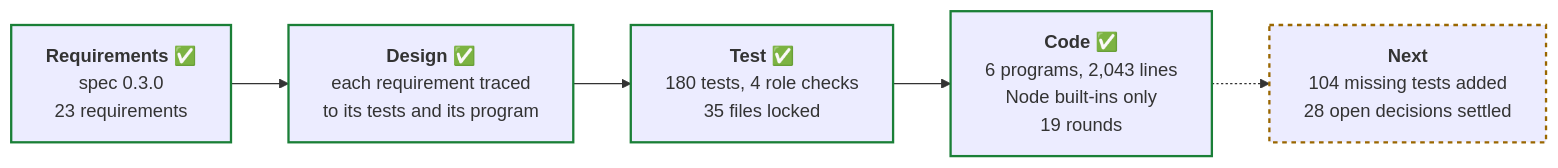
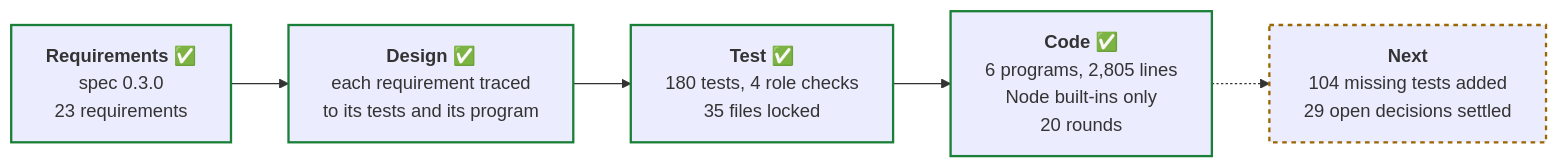
The third of 4 diagrams in README.md (PaulDuvall/adlc-security-reviewer), drawn with Mermaid before and after one commit. The commit also changed other lines of this file and 3 other files, not shown here.

````diff
--- a/README.md
+++ b/README.md
@@ -276,13 +282,13 @@
 ```mermaid
 flowchart LR
   req["<b>Requirements</b> ✅<br/>spec 0.3.0<br/>23 requirements"]
   des["<b>Design</b> ✅<br/>each requirement traced<br/>to its tests and its program"]
   tst["<b>Test</b> ✅<br/>180 tests, 4 role checks<br/>35 files locked"]
-  cod["<b>Code</b> ✅<br/>6 programs, 2,043 lines<br/>Node built-ins only<br/>19 rounds"]
-  nxt["<b>Next</b><br/>104 missing tests added<br/>28 open decisions settled"]
+  cod["<b>Code</b> ✅<br/>6 programs, 2,805 lines<br/>Node built-ins only<br/>20 rounds"]
+  nxt["<b>Next</b><br/>104 missing tests added<br/>29 open decisions settled"]
   req --> des --> tst --> cod -.-> nxt
   classDef done stroke:#1a7f37,stroke-width:2px
   classDef next stroke:#9a6700,stroke-width:2px,stroke-dasharray:4
   class req,des,tst,cod done
   class nxt next
 ```
````
